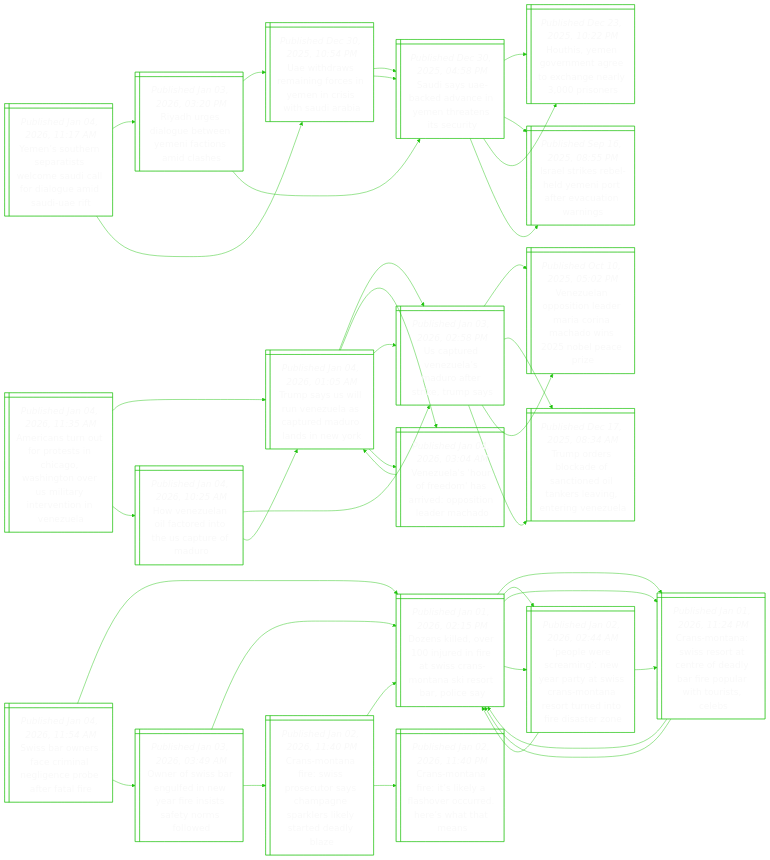
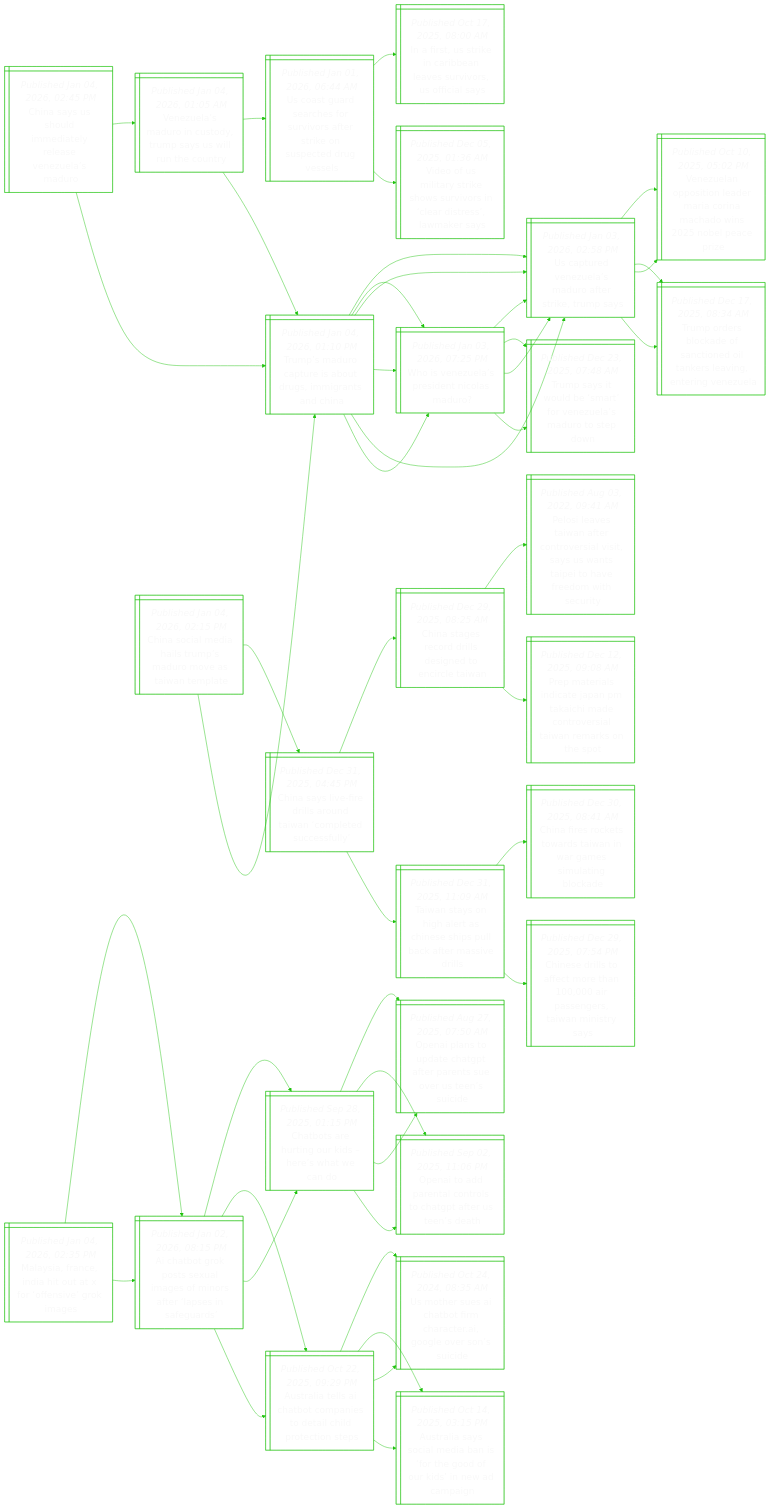
One commit to notJmes/notJmes changed the diagram in README.md. Above: the diagram before and after it, drawn with Mermaid. The commit also changed other lines of this file, not shown here.

````diff
--- a/README.md
+++ b/README.md
@@ -16,127 +16,142 @@
 flowchart LR
 classDef txtsize font-size:20px;
 
-Sbnailieerl@{ shape: win-pane, label: "_Published Jan 04, 2026, 11:54 AM_
-Swiss bar owners face criminal negligence probe after fatal fire" }
-Dserrftssairpe@{ shape: win-pane, label: "_Published Jan 01, 2026, 02:15 PM_
-Dozens killed, over 100 injured in fire at swiss crans-montana ski resort bar, police say" }
-CMnsoceaaeltrcs@{ shape: win-pane, label: "_Published Jan 01, 2026, 11:24 PM_
-Crans-montana: swiss resort at centre of deadly bar fire popular with tourists, celebs" }
-Dserrftssairpe@{ shape: win-pane, label: "_Published Jan 01, 2026, 02:15 PM_
-Dozens killed, over 100 injured in fire at swiss crans-montana ski resort bar, police say" }
-Dserrftssairpe@{ shape: win-pane, label: "_Published Jan 01, 2026, 02:15 PM_
-Dozens killed, over 100 injured in fire at swiss crans-montana ski resort bar, police say" }
-Pesmeryianrteodtn@{ shape: win-pane, label: "_Published Jan 02, 2026, 02:44 AM_
-‘people were screaming’: new year party at swiss crans-montana resort turned into fire disaster zone" }
-Dserrftssairpe@{ shape: win-pane, label: "_Published Jan 01, 2026, 02:15 PM_
-Dozens killed, over 100 injured in fire at swiss crans-montana ski resort bar, police say" }
-CMnsoceaaeltrcs@{ shape: win-pane, label: "_Published Jan 01, 2026, 11:24 PM_
-Crans-montana: swiss resort at centre of deadly bar fire popular with tourists, celebs" }
-OosefNaesfooe@{ shape: win-pane, label: "_Published Jan 03, 2026, 03:49 AM_
-Owner of swiss bar engulfed in new year fire insists safety norms followed" }
-Dserrftssairpe@{ shape: win-pane, label: "_Published Jan 01, 2026, 02:15 PM_
-Dozens killed, over 100 injured in fire at swiss crans-montana ski resort bar, police say" }
-CMnsoceaaeltrcs@{ shape: win-pane, label: "_Published Jan 01, 2026, 11:24 PM_
-Crans-montana: swiss resort at centre of deadly bar fire popular with tourists, celebs" }
-Pesmeryianrteodtn@{ shape: win-pane, label: "_Published Jan 02, 2026, 02:44 AM_
-‘people were screaming’: new year party at swiss crans-montana resort turned into fire disaster zone" }
-CMnesercapektdlz@{ shape: win-pane, label: "_Published Jan 02, 2026, 11:40 PM_
-Crans-montana fire: swiss prosecutor says champagne sparklers likely started deadly blaze" }
-Dserrftssairpe@{ shape: win-pane, label: "_Published Jan 01, 2026, 02:15 PM_
-Dozens killed, over 100 injured in fire at swiss crans-montana ski resort bar, police say" }
-CMneiahorrats@{ shape: win-pane, label: "_Published Jan 02, 2026, 11:40 PM_
-Crans-montana fire: it’s likely a flashover occurred. here’s what that means" }
-
-Sbnailieerl:::txtsize --> Dserrftssairpe:::txtsize
-Dserrftssairpe:::txtsize --> CMnsoceaaeltrcs:::txtsize
-CMnsoceaaeltrcs:::txtsize --> Dserrftssairpe:::txtsize
-CMnsoceaaeltrcs:::txtsize --> Dserrftssairpe:::txtsize
-Dserrftssairpe:::txtsize --> Pesmeryianrteodtn:::txtsize
-Pesmeryianrteodtn:::txtsize --> Dserrftssairpe:::txtsize
-Pesmeryianrteodtn:::txtsize --> CMnsoceaaeltrcs:::txtsize
-Sbnailieerl:::txtsize --> OosefNaesfooe:::txtsize
-OosefNaesfooe:::txtsize --> Dserrftssairpe:::txtsize
-Dserrftssairpe:::txtsize --> CMnsoceaaeltrcs:::txtsize
-Dserrftssairpe:::txtsize --> Pesmeryianrteodtn:::txtsize
-OosefNaesfooe:::txtsize --> CMnesercapektdlz:::txtsize
-CMnesercapektdlz:::txtsize --> Dserrftssairpe:::txtsize
-CMnesercapektdlz:::txtsize --> CMneiahorrats:::txtsize
-
-AcutrthoinUiivoee@{ shape: win-pane, label: "_Published Jan 04, 2026, 11:35 AM_
-Americans turn out for protests in chicago, washington over us military intervention in venezuela" }
-TsSrnlaeunNr@{ shape: win-pane, label: "_Published Jan 04, 2026, 01:05 AM_
-Trump says us will run venezuela as captured maduro lands in new york" }
+CsSleelVuMo@{ shape: win-pane, label: "_Published Jan 04, 2026, 02:45 PM_
+China says us should immediately release venezuela’s maduro" }
+VuMosTsSret@{ shape: win-pane, label: "_Published Jan 04, 2026, 01:05 AM_
+Venezuela’s maduro in custody, trump says us will run the country" }
+Usrrfrreiscrs@{ shape: win-pane, label: "_Published Jan 01, 2026, 06:44 AM_
+Us coast guard searches for survivors after strike on suspected drug vessels" }
+Irseravrrfas@{ shape: win-pane, label: "_Published Oct 17, 2025, 08:00 AM_
+In a first, us strike in caribbean leaves survivors, us official says" }
+Voiriorrlisms@{ shape: win-pane, label: "_Published Dec 05, 2025, 01:36 AM_
+Video of us military strike shows survivors in ‘clear distress’, lawmaker says" }
+Tsrtstsgsh@{ shape: win-pane, label: "_Published Jan 04, 2026, 01:10 PM_
+Trump’s maduro capture is about drugs, immigrants and china" }
+UtVuMorkms@{ shape: win-pane, label: "_Published Jan 03, 2026, 02:58 PM_
+Us captured venezuela’s maduro after strike, trump says" }
+WVuPdisr@{ shape: win-pane, label: "_Published Jan 03, 2026, 07:25 PM_
+Who is venezuela’s president nicolas maduro?" }
+Tsrtstsgsh@{ shape: win-pane, label: "_Published Jan 04, 2026, 01:10 PM_
+Trump’s maduro capture is about drugs, immigrants and china" }
 UtVuMorkms@{ shape: win-pane, label: "_Published Jan 03, 2026, 02:58 PM_
 Us captured venezuela’s maduro after strike, trump says" }
 Vuoilranhibai@{ shape: win-pane, label: "_Published Oct 10, 2025, 05:02 PM_
 Venezuelan opposition leader maria corina machado wins 2025 nobel peace prize" }
 Toskftdasitgz@{ shape: win-pane, label: "_Published Dec 17, 2025, 08:34 AM_
 Trump orders blockade of sanctioned oil tankers leaving, entering venezuela" }
-Vuhfdsvpiaao@{ shape: win-pane, label: "_Published Jan 04, 2026, 03:04 AM_
-Venezuela's 'hour of freedom' has arrived: opposition leader machado" }
-TsSrnlaeunNr@{ shape: win-pane, label: "_Published Jan 04, 2026, 01:05 AM_
-Trump says us will run venezuela as captured maduro lands in new york" }
-Hnllonepou@{ shape: win-pane, label: "_Published Jan 04, 2026, 10:25 AM_
-How venezuelan oil factored into the us capture of maduro" }
+WVuPdisr@{ shape: win-pane, label: "_Published Jan 03, 2026, 07:25 PM_
+Who is venezuela’s president nicolas maduro?" }
+UtVuMorkms@{ shape: win-pane, label: "_Published Jan 03, 2026, 02:58 PM_
+Us captured venezuela’s maduro after strike, trump says" }
+Tstdarzsrtw@{ shape: win-pane, label: "_Published Dec 23, 2025, 07:48 AM_
+Trump says it would be ‘smart’ for venezuela’s maduro to step down" }
+
+CsSleelVuMo:::txtsize --> VuMosTsSret:::txtsize
+VuMosTsSret:::txtsize --> Usrrfrreiscrs:::txtsize
+Usrrfrreiscrs:::txtsize --> Irseravrrfas:::txtsize
+Usrrfrreiscrs:::txtsize --> Voiriorrlisms:::txtsize
+VuMosTsSret:::txtsize --> Tsrtstsgsh:::txtsize
+Tsrtstsgsh:::txtsize --> UtVuMorkms:::txtsize
+Tsrtstsgsh:::txtsize --> WVuPdisr:::txtsize
+CsSleelVuMo:::txtsize --> Tsrtstsgsh:::txtsize
+Tsrtstsgsh:::txtsize --> UtVuMorkms:::txtsize
+UtVuMorkms:::txtsize --> Vuoilranhibai:::txtsize
+UtVuMorkms:::txtsize --> Toskftdasitgz:::txtsize
+Tsrtstsgsh:::txtsize --> WVuPdisr:::txtsize
+WVuPdisr:::txtsize --> UtVuMorkms:::txtsize
+WVuPdisr:::txtsize --> Tstdarzsrtw:::txtsize
+
+MsaniarnGm@{ shape: win-pane, label: "_Published Jan 04, 2026, 02:35 PM_
+Malaysia, france, india hit out at x for ‘offensive’ grok images" }
+Atrsxmootpngs@{ shape: win-pane, label: "_Published Jan 02, 2026, 08:15 PM_
+Ai chatbot grok posts sexual images of minors after ‘lapses in safeguards’" }
+Coeirhweo@{ shape: win-pane, label: "_Published Sep 28, 2025, 01:15 PM_
+Chatbots are hurting our kids – here’s what we can do" }
+OIsdhTrneUnc@{ shape: win-pane, label: "_Published Aug 27, 2025, 07:50 AM_
+Openai plans to update chatgpt after parents sue over us teen’s suicide" }
+OIdnolhTrea@{ shape: win-pane, label: "_Published Sep 02, 2025, 11:06 PM_
+Openai to add parental controls to chatgpt after us teen’s death" }
+AaeIbmeecpcs@{ shape: win-pane, label: "_Published Oct 22, 2025, 09:29 PM_
+Australia tells ai chatbot companies to detail child protection steps" }
+UhehtCcIlrsd@{ shape: win-pane, label: "_Published Oct 24, 2024, 08:35 AM_
+Us mother sues ai chatbot firm character.ai, google over son’s suicide" }
+Aaaceaogfinci@{ shape: win-pane, label: "_Published Oct 14, 2025, 03:15 PM_
+Australia says social media ban is ‘for the good of our kids’ in new ad campaign" }
+Atrsxmootpngs@{ shape: win-pane, label: "_Published Jan 02, 2026, 08:15 PM_
+Ai chatbot grok posts sexual images of minors after ‘lapses in safeguards’" }
+Coeirhweo@{ shape: win-pane, label: "_Published Sep 28, 2025, 01:15 PM_
+Chatbots are hurting our kids – here’s what we can do" }
+OIsdhTrneUnc@{ shape: win-pane, label: "_Published Aug 27, 2025, 07:50 AM_
+Openai plans to update chatgpt after parents sue over us teen’s suicide" }
+OIdnolhTrea@{ shape: win-pane, label: "_Published Sep 02, 2025, 11:06 PM_
+Openai to add parental controls to chatgpt after us teen’s death" }
+AaeIbmeecpcs@{ shape: win-pane, label: "_Published Oct 22, 2025, 09:29 PM_
+Australia tells ai chatbot companies to detail child protection steps" }
+UhehtCcIlrsd@{ shape: win-pane, label: "_Published Oct 24, 2024, 08:35 AM_
+Us mother sues ai chatbot firm character.ai, google over son’s suicide" }
+Aaaceaogfinci@{ shape: win-pane, label: "_Published Oct 14, 2025, 03:15 PM_
+Australia says social media ban is ‘for the good of our kids’ in new ad campaign" }
+
+MsaniarnGm:::txtsize --> Atrsxmootpngs:::txtsize
+Atrsxmootpngs:::txtsize --> Coeirhweo:::txtsize
+Coeirhweo:::txtsize --> OIsdhTrneUnc:::txtsize
+Coeirhweo:::txtsize --> OIdnolhTrea:::txtsize
+Atrsxmootpngs:::txtsize --> AaeIbmeecpcs:::txtsize
+AaeIbmeecpcs:::txtsize --> UhehtCcIlrsd:::txtsize
+AaeIbmeecpcs:::txtsize --> Aaaceaogfinci:::txtsize
+MsaniarnGm:::txtsize --> Atrsxmootpngs:::txtsize
+Atrsxmootpngs:::txtsize --> Coeirhweo:::txtsize
+Coeirhweo:::txtsize --> OIsdhTrneUnc:::txtsize
+Coeirhweo:::txtsize --> OIdnolhTrea:::txtsize
+Atrsxmootpngs:::txtsize --> AaeIbmeecpcs:::txtsize
+AaeIbmeecpcs:::txtsize --> UhehtCcIlrsd:::txtsize
+AaeIbmeecpcs:::txtsize --> Aaaceaogfinci:::txtsize
+
+Cslaspuvata@{ shape: win-pane, label: "_Published Jan 04, 2026, 02:15 PM_
+China social media hails trump’s maduro move as taiwan template" }
+Csirloaceusy@{ shape: win-pane, label: "_Published Dec 31, 2025, 04:45 PM_
+China says live-fire drills around taiwan ‘completed successfully’" }
+Cssrlsdcea@{ shape: win-pane, label: "_Published Dec 29, 2025, 08:25 AM_
+China stages record drills designed to encircle taiwan" }
+PiewtneltUtphrmsi@{ shape: win-pane, label: "_Published Aug 03, 2022, 09:41 AM_
+Pelosi leaves taiwan after controversial visit, says us wants taipei to have freedom with security" }
+Paadenkicoiiese@{ shape: win-pane, label: "_Published Dec 12, 2025, 09:08 AM_
+Prep materials indicate japan pm takaichi made controversial taiwan remarks on the spot" }
+Tnsgrhesbfael@{ shape: win-pane, label: "_Published Dec 31, 2025, 11:09 AM_
+Taiwan stays on high alert as chinese ships pull back after massive drills" }
+Cfrtaaigsaba@{ shape: win-pane, label: "_Published Dec 30, 2025, 08:41 AM_
+China fires rockets towards taiwan in war games simulating blockade" }
+Cslattisrwny@{ shape: win-pane, label: "_Published Dec 29, 2025, 07:54 PM_
+Chinese drills to affect more than 100,000 air passengers, taiwan ministry says" }
+Tsrtstsgsh@{ shape: win-pane, label: "_Published Jan 04, 2026, 01:10 PM_
+Trump’s maduro capture is about drugs, immigrants and china" }
 UtVuMorkms@{ shape: win-pane, label: "_Published Jan 03, 2026, 02:58 PM_
 Us captured venezuela’s maduro after strike, trump says" }
 Vuoilranhibai@{ shape: win-pane, label: "_Published Oct 10, 2025, 05:02 PM_
 Venezuelan opposition leader maria corina machado wins 2025 nobel peace prize" }
 Toskftdasitgz@{ shape: win-pane, label: "_Published Dec 17, 2025, 08:34 AM_
 Trump orders blockade of sanctioned oil tankers leaving, entering venezuela" }
-TsSrnlaeunNr@{ shape: win-pane, label: "_Published Jan 04, 2026, 01:05 AM_
-Trump says us will run venezuela as captured maduro lands in new york" }
+WVuPdisr@{ shape: win-pane, label: "_Published Jan 03, 2026, 07:25 PM_
+Who is venezuela’s president nicolas maduro?" }
 UtVuMorkms@{ shape: win-pane, label: "_Published Jan 03, 2026, 02:58 PM_
 Us captured venezuela’s maduro after strike, trump says" }
-Vuhfdsvpiaao@{ shape: win-pane, label: "_Published Jan 04, 2026, 03:04 AM_
-Venezuela's 'hour of freedom' has arrived: opposition leader machado" }
+Tstdarzsrtw@{ shape: win-pane, label: "_Published Dec 23, 2025, 07:48 AM_
+Trump says it would be ‘smart’ for venezuela’s maduro to step down" }
 
-AcutrthoinUiivoee:::txtsize --> TsSrnlaeunNr:::txtsize
-TsSrnlaeunNr:::txtsize --> UtVuMorkms:::txtsize
+Cslaspuvata:::txtsize --> Csirloaceusy:::txtsize
+Csirloaceusy:::txtsize --> Cssrlsdcea:::txtsize
+Cssrlsdcea:::txtsize --> PiewtneltUtphrmsi:::txtsize
+Cssrlsdcea:::txtsize --> Paadenkicoiiese:::txtsize
+Csirloaceusy:::txtsize --> Tnsgrhesbfael:::txtsize
+Tnsgrhesbfael:::txtsize --> Cfrtaaigsaba:::txtsize
+Tnsgrhesbfael:::txtsize --> Cslattisrwny:::txtsize
+Cslaspuvata:::txtsize --> Tsrtstsgsh:::txtsize
+Tsrtstsgsh:::txtsize --> UtVuMorkms:::txtsize
 UtVuMorkms:::txtsize --> Vuoilranhibai:::txtsize
 UtVuMorkms:::txtsize --> Toskftdasitgz:::txtsize
-TsSrnlaeunNr:::txtsize --> Vuhfdsvpiaao:::txtsize
-Vuhfdsvpiaao:::txtsize --> TsSrnlaeunNr:::txtsize
-AcutrthoinUiivoee:::txtsize --> Hnllonepou:::txtsize
-Hnllonepou:::txtsize --> UtVuMorkms:::txtsize
-UtVuMorkms:::txtsize --> Vuoilranhibai:::txtsize
-UtVuMorkms:::txtsize --> Toskftdasitgz:::txtsize
-Hnllonepou:::txtsize --> TsSrnlaeunNr:::txtsize
-TsSrnlaeunNr:::txtsize --> UtVuMorkms:::txtsize
-TsSrnlaeunNr:::txtsize --> Vuhfdsvpiaao:::txtsize
-
-Yshetwmdliudii@{ shape: win-pane, label: "_Published Jan 04, 2026, 11:17 AM_
-Yemen’s southern separatists welcome saudi call for dialogue amid saudi-uae rift" }
-Rhsoenntals@{ shape: win-pane, label: "_Published Jan 03, 2026, 03:20 PM_
-Riyadh urges dialogue between yemeni factions amid clashes" }
-Utwageenihii@{ shape: win-pane, label: "_Published Dec 30, 2025, 10:54 PM_
-Uae withdraws remaining forces in yemen in crisis with saudi arabia" }
-SsAkvieeset@{ shape: win-pane, label: "_Published Dec 30, 2025, 04:58 PM_
-Saudi says uae-backed advance in yemen threatens its security" }
-SsAkvieeset@{ shape: win-pane, label: "_Published Dec 30, 2025, 04:58 PM_
-Saudi says uae-backed advance in yemen threatens its security" }
-Hieenexgrir@{ shape: win-pane, label: "_Published Dec 23, 2025, 10:22 PM_
-Houthis, yemen government agree to exchange nearly 3,000 prisoners" }
-Ilkblerecon@{ shape: win-pane, label: "_Published Sep 16, 2025, 08:55 PM_
-Israel strikes rebel-held yemeni port after evacuation warnings" }
-Utwageenihii@{ shape: win-pane, label: "_Published Dec 30, 2025, 10:54 PM_
-Uae withdraws remaining forces in yemen in crisis with saudi arabia" }
-SsAkvieeset@{ shape: win-pane, label: "_Published Dec 30, 2025, 04:58 PM_
-Saudi says uae-backed advance in yemen threatens its security" }
-Hieenexgrir@{ shape: win-pane, label: "_Published Dec 23, 2025, 10:22 PM_
-Houthis, yemen government agree to exchange nearly 3,000 prisoners" }
-Ilkblerecon@{ shape: win-pane, label: "_Published Sep 16, 2025, 08:55 PM_
-Israel strikes rebel-held yemeni port after evacuation warnings" }
-
-Yshetwmdliudii:::txtsize --> Rhsoenntals:::txtsize
-Rhsoenntals:::txtsize --> Utwageenihii:::txtsize
-Utwageenihii:::txtsize --> SsAkvieeset:::txtsize
-Rhsoenntals:::txtsize --> SsAkvieeset:::txtsize
-SsAkvieeset:::txtsize --> Hieenexgrir:::txtsize
-SsAkvieeset:::txtsize --> Ilkblerecon:::txtsize
-Yshetwmdliudii:::txtsize --> Utwageenihii:::txtsize
-Utwageenihii:::txtsize --> SsAkvieeset:::txtsize
-SsAkvieeset:::txtsize --> Hieenexgrir:::txtsize
-SsAkvieeset:::txtsize --> Ilkblerecon:::txtsize
+Tsrtstsgsh:::txtsize --> WVuPdisr:::txtsize
+WVuPdisr:::txtsize --> UtVuMorkms:::txtsize
+WVuPdisr:::txtsize --> Tstdarzsrtw:::txtsize
 
 ```
````
